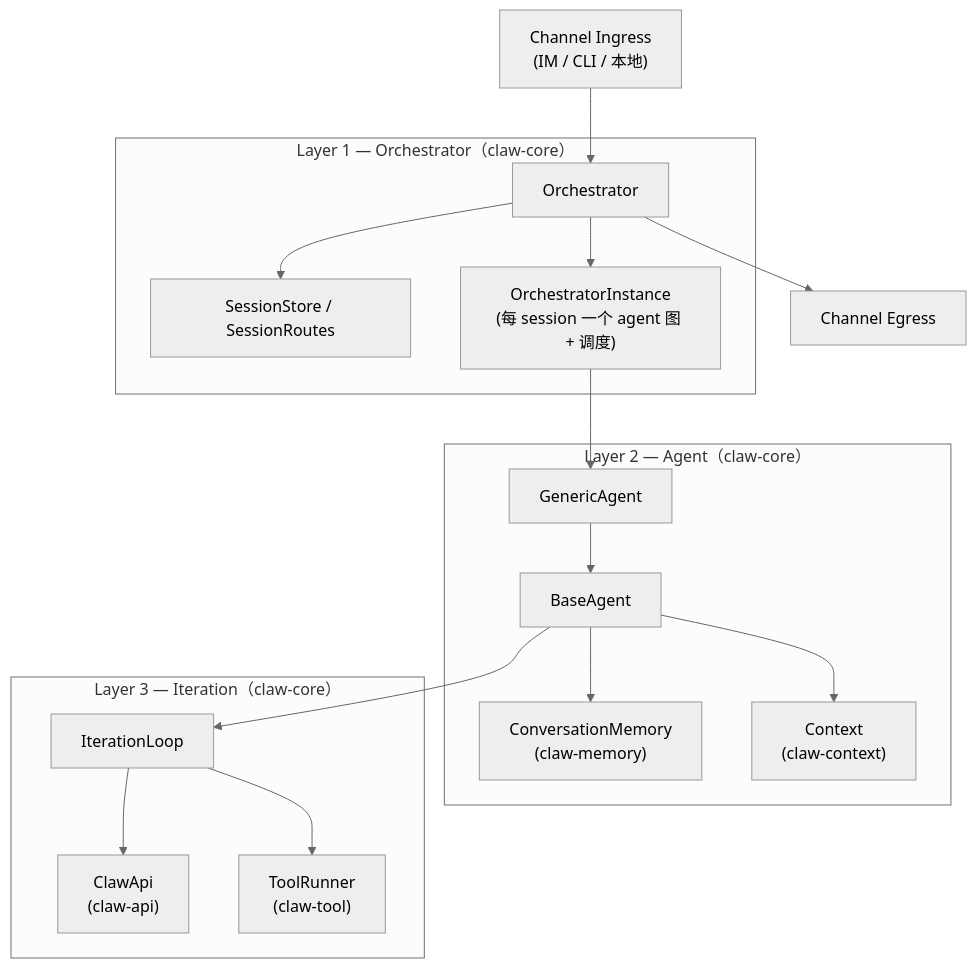
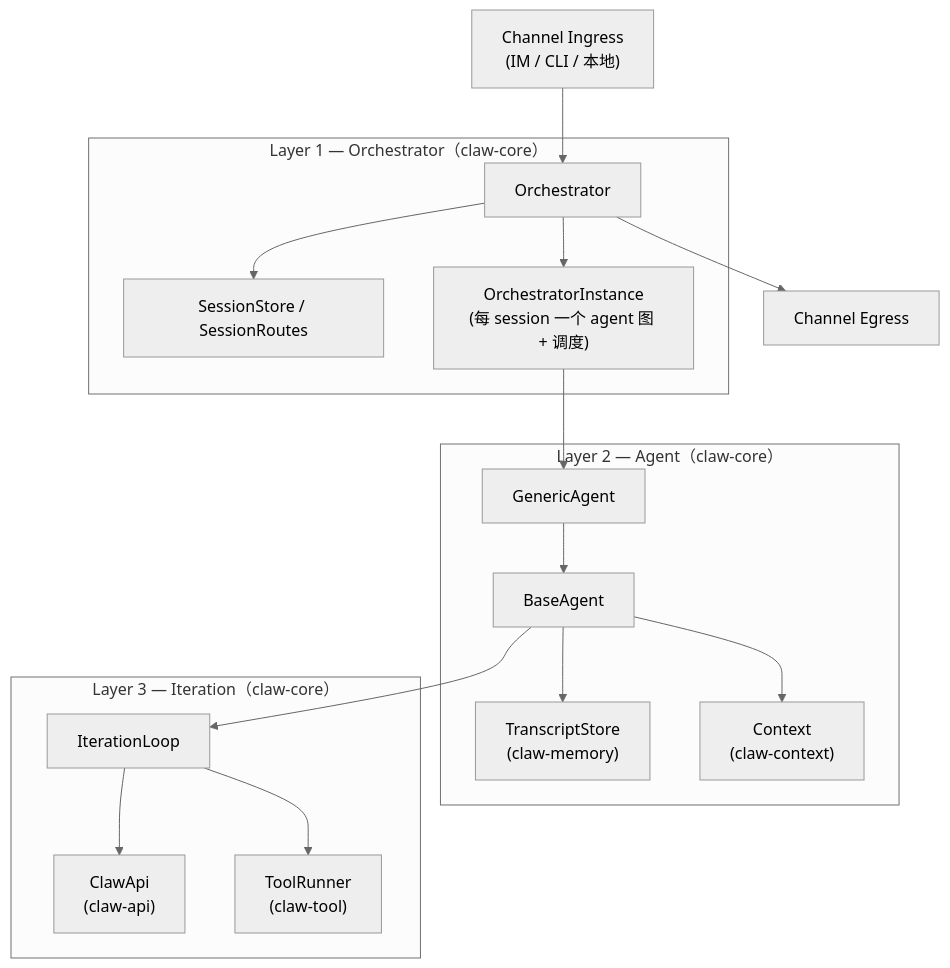
The first of 6 diagrams in components/claw_modules/rust/ARCHITECTURE.md (Asfixious/esp-claw), drawn with Mermaid (neutral theme) before and after one commit. The commit also changed other lines of this file and 26 other files, not shown here.

Commit message:
refactor(claw-core): refactored memory/

````diff
--- a/components/claw_modules/rust/ARCHITECTURE.md
+++ b/components/claw_modules/rust/ARCHITECTURE.md
@@ -9,33 +9,33 @@
 ```mermaid
 flowchart TB
     subgraph L1["Layer 1 — Orchestrator（claw-core）"]
         ORCH["Orchestrator"]
         SESS["SessionStore / SessionRoutes"]
         INST["OrchestratorInstance<br/>(每 session 一个 agent 图 + 调度)"]
         ORCH --> SESS
         ORCH --> INST
     end
 
     subgraph L2["Layer 2 — Agent（claw-core）"]
         GA["GenericAgent"]
         BA["BaseAgent"]
-        MEM["ConversationMemory<br/>(claw-memory)"]
+        MEM["TranscriptStore<br/>(claw-memory)"]
         CTX["Context<br/>(claw-context)"]
         GA --> BA
         BA --> MEM
         BA --> CTX
     end
 
     subgraph L3["Layer 3 — Iteration（claw-core）"]
         IL["IterationLoop"]
         API["ClawApi<br/>(claw-api)"]
         RUN["ToolRunner<br/>(claw-tool)"]
         IL --> API
         IL --> RUN
     end
 
     IN["Channel Ingress<br/>(IM / CLI / 本地)"] --> ORCH
     INST --> GA
     BA --> IL
     ORCH --> OUT["Channel Egress"]
 ```
````
